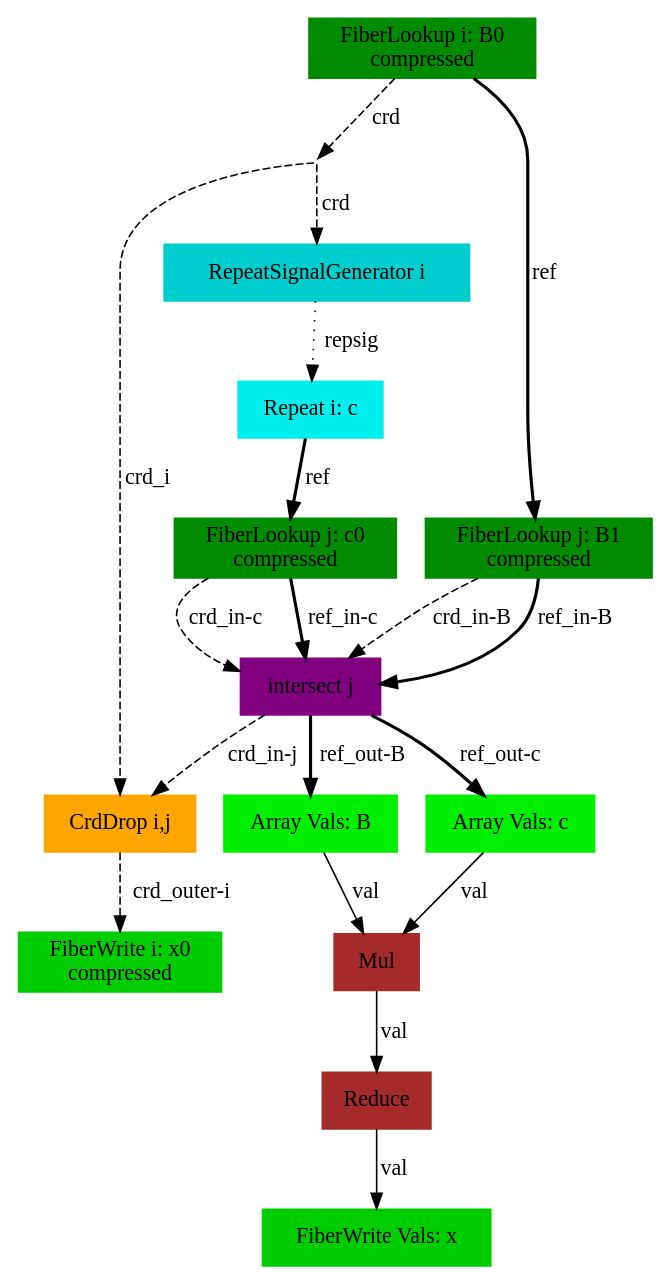
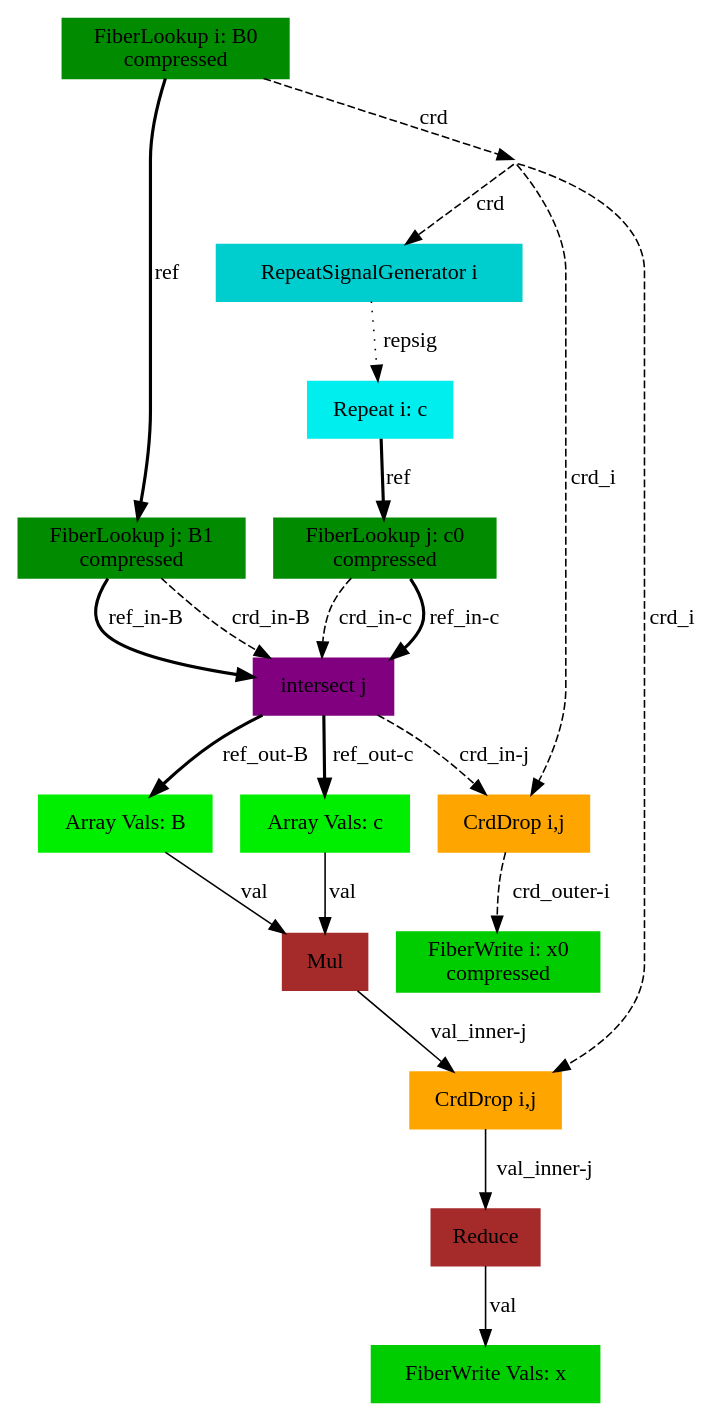
Before and after one commit to weiya711/sam: the diagram in compiler/sam-outputs/onyx-dot/mat_vecmul_ij.gv, drawn with Graphviz.

Commit message:
add crddrops to mat_vecmul

```diff
--- a/compiler/sam-outputs/onyx-dot/mat_vecmul_ij.gv
+++ b/compiler/sam-outputs/onyx-dot/mat_vecmul_ij.gv
@@ -1,35 +1,40 @@
 digraph SAM {
     comment="x=s0,B=ss01,c=s0"
     14 [comment="type=fiberlookup,index=i,tensor=B,mode=0,format=compressed,src=true,root=true" label="FiberLookup i: B0\ncompressed" color=green4 shape=box style=filled type="fiberlookup" index="i" tensor="B" mode="0" format="compressed" src="true" root="true"]
     13 [comment="type=broadcast" shape=point style=invis type="broadcast"]
     7 [comment="type=crddrop,outer=i,inner=j" label="CrdDrop i,j" color=orange shape=box style=filled type="crddrop" outer="i" inner="j"]
+    15 [comment="type=crddrop,outer=i,inner=j" label="CrdDrop i,j" color=orange shape=box style=filled type="crddrop" outer="i" inner="j"]
     1 [comment="type=fiberwrite,index=i,tensor=x,mode=0,format=compressed,segsize=2,crdsize=B0_dim,sink=true" label="FiberWrite i: x0\ncompressed" color=green3 shape=box style=filled type="fiberwrite" index="i" tensor="x" mode="0" format="compressed" segsize="2" crdsize="B0_dim" sink="true"]
     12 [comment="type=repsiggen,index=i" label="RepeatSignalGenerator i" color=cyan3 shape=box style=filled type="repsiggen" index="i"]
     11 [comment="type=repeat,index=i,tensor=c,root=true" label="Repeat i: c" color=cyan2 shape=box style=filled type="repeat" index="i" tensor="c" root="true"]
     10 [comment="type=fiberlookup,index=j,tensor=c,mode=0,format=compressed,src=true,root=false" label="FiberLookup j: c0\ncompressed" color=green4 shape=box style=filled type="fiberlookup" index="j" tensor="c" mode="0" format="compressed" src="true" root="false"]
     8 [comment="type=intersect,index=j" label="intersect j" color=purple shape=box style=filled type="intersect" index="j"]
     5 [comment="type=arrayvals,tensor=B" label="Array Vals: B" color=green2 shape=box style=filled type="arrayvals" tensor="B"]
     4 [comment="type=mul" label="Mul" color=brown shape=box style=filled type="mul"]
     3 [comment="type=reduce" label="Reduce" color=brown shape=box style=filled type="reduce"]
     0 [comment="type=fiberwrite,mode=vals,tensor=x,size=1*B0_dim,sink=true" label="FiberWrite Vals: x" color=green3 shape=box style=filled type="fiberwrite" tensor="x" mode="vals" size="1*B0_dim" sink="true"]
     6 [comment="type=arrayvals,tensor=c" label="Array Vals: c" color=green2 shape=box style=filled type="arrayvals" tensor="c"]
     9 [comment="type=fiberlookup,index=j,tensor=B,mode=1,format=compressed,src=true,root=false" label="FiberLookup j: B1\ncompressed" color=green4 shape=box style=filled type="fiberlookup" index="j" tensor="B" mode="1" format="compressed" src="true" root="false"]
     14 -> 13 [label="crd" style=dashed type="crd" comment=""]
     13 -> 7 [label="crd_i" style=dashed type="crd" comment="i"]
     7 -> 1 [label="crd_outer-i" style=dashed type="crd" comment="outer-i"]
     13 -> 12 [label="crd" style=dashed type="crd" comment=""]
     12 -> 11 [label="repsig" style=dotted type="repsig"]
     11 -> 10 [label="ref" style=bold type="ref"]
     10 -> 8 [label="crd_in-c" style=dashed type="crd" comment="in-c"]
     8 -> 7 [label="crd_in-j" style=dashed type="crd" comment="in-j"]
     8 -> 5 [label="ref_out-B" style=bold type="ref" comment="out-B"]
     5 -> 4 [label="val" type="val"]
-    4 -> 3 [label="val" type="val"]
+    # 4 -> 3 [label="val" type="val"]
     3 -> 0 [label="val" type="val"]
     8 -> 6 [label="ref_out-c" style=bold type="ref" comment="out-c"]
     6 -> 4 [label="val" type="val"]
     10 -> 8 [label="ref_in-c" style=bold type="ref" comment="in-c"]
     14 -> 9 [label="ref" style=bold type="ref" comment=""]
     9 -> 8 [label="crd_in-B" style=dashed type="crd" comment="in-B"]
     9 -> 8 [label="ref_in-B" style=bold type="ref" comment="in-B"]
+
+    4 -> 15 [label="val_inner-j" type="val" comment="inner-j"]
+    15 -> 3 [label="val_inner-j" type="val" comment="inner-j"]
+    13 -> 15 [label="crd_i" style=dashed type="crd" comment="i"]
 }
```
